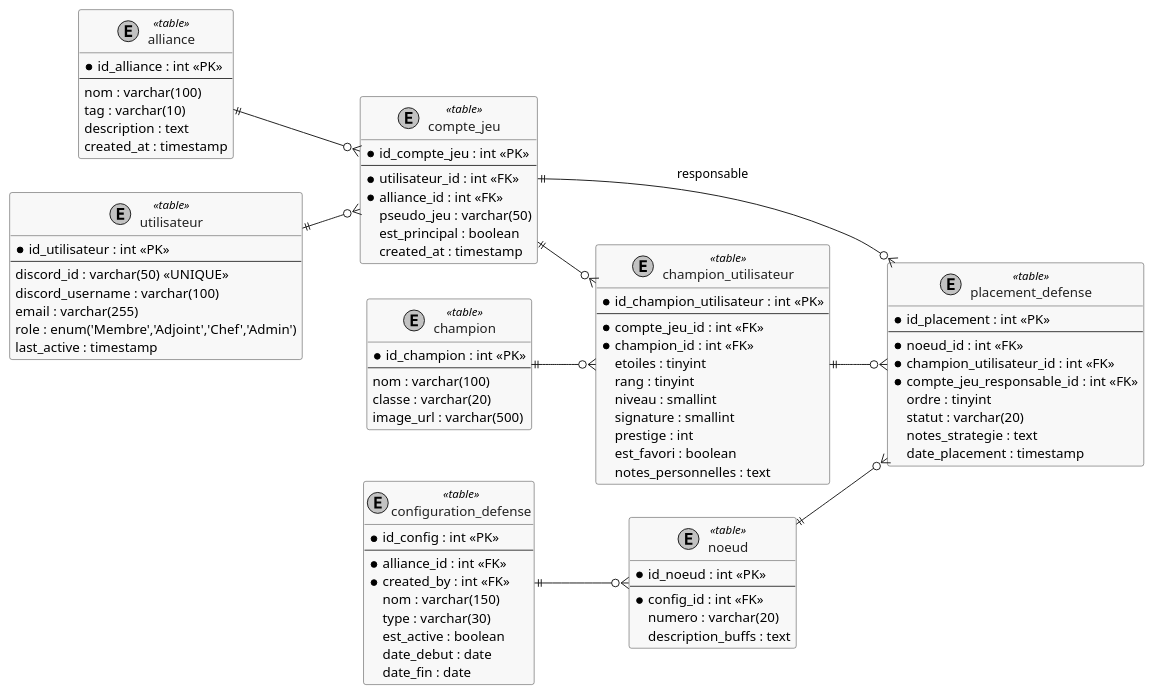
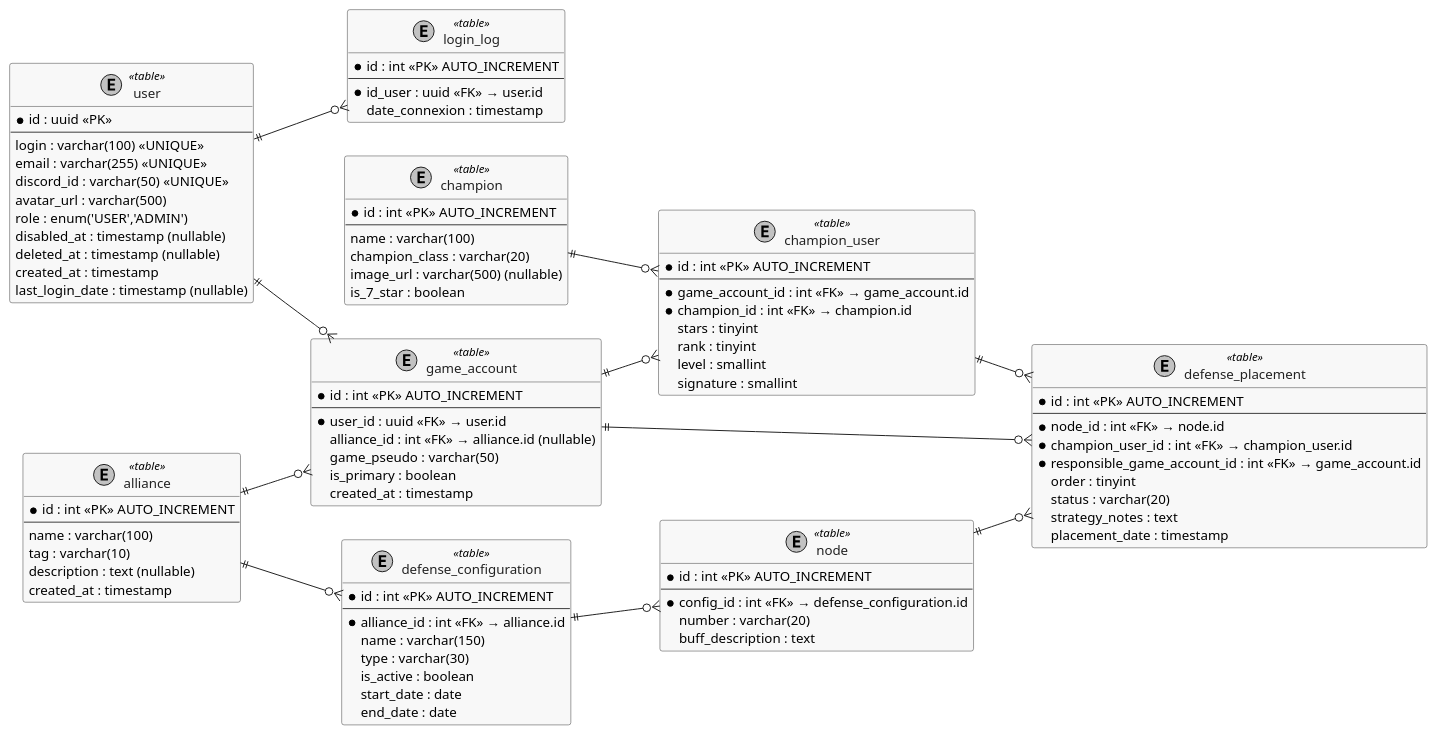
One commit to SNEAXIII/Mawster changed the diagram in api/docs/mld.puml. Above: the diagram before and after it, drawn with PlantUML. The commit also changed other lines of this file and 14 other files, not shown here.

Commit message:
Adds game account, alliance, champion, and champion user models with corresponding database migrations and DTOs

```diff
--- a/api/docs/mld.puml
+++ b/api/docs/mld.puml
@@ -1,104 +1,115 @@
 @startuml MLD_MCOC
 left to right direction
 skinparam shadowing false
 skinparam monochrome true
 skinparam class {
     BackgroundColor #F8F8F8
     BorderColor #333333
     FontColor #222222
 }
 
-entity "alliance" as alliance <<table>> {
-  * id_alliance : int <<PK>>
+entity "user" as user <<table>> {
+  * id : uuid <<PK>>
   --
-  nom : varchar(100)
-  tag : varchar(10)
-  description : text
+  login : varchar(100) <<UNIQUE>>
+  email : varchar(255) <<UNIQUE>>
+  discord_id : varchar(50) <<UNIQUE>>
+  avatar_url : varchar(500)
+  role : enum('USER','ADMIN')
+  disabled_at : timestamp (nullable)
+  deleted_at : timestamp (nullable)
   created_at : timestamp
+  last_login_date : timestamp (nullable)
 }
 
-entity "utilisateur" as utilisateur <<table>> {
-  * id_utilisateur : int <<PK>>
+entity "login_log" as login_log <<table>> {
+  * id : int <<PK>> AUTO_INCREMENT
   --
-  discord_id : varchar(50) <<UNIQUE>>
-  discord_username : varchar(100)
-  email : varchar(255)
-  role : enum('Membre','Adjoint','Chef','Admin')
-  last_active : timestamp
+  * id_user : uuid <<FK>> → user.id
+  date_connexion : timestamp
 }
 
-entity "compte_jeu" as compte_jeu <<table>> {
-  * id_compte_jeu : int <<PK>>
+entity "alliance" as alliance <<table>> {
+  * id : int <<PK>> AUTO_INCREMENT
   --
-  * utilisateur_id : int <<FK>>
-  * alliance_id : int <<FK>>
-  pseudo_jeu : varchar(50)
-  est_principal : boolean
+  name : varchar(100)
+  tag : varchar(10)
+  description : text (nullable)
+  created_at : timestamp
+  ' TODO: add url later
+}
+
+entity "game_account" as game_account <<table>> {
+  * id : int <<PK>> AUTO_INCREMENT
+  --
+  * user_id : uuid <<FK>> → user.id
+  alliance_id : int <<FK>> → alliance.id (nullable)
+  game_pseudo : varchar(50)
+  is_primary : boolean
   created_at : timestamp
 }
 
 entity "champion" as champion <<table>> {
-  * id_champion : int <<PK>>
+  * id : int <<PK>> AUTO_INCREMENT
   --
-  nom : varchar(100)
-  classe : varchar(20)
-  image_url : varchar(500)
+  name : varchar(100)
+  champion_class : varchar(20)
+  image_url : varchar(500) (nullable)
+  is_7_star : boolean
 }
 
-entity "champion_utilisateur" as roster <<table>> {
-  * id_champion_utilisateur : int <<PK>>
+entity "champion_user" as roster <<table>> {
+  * id : int <<PK>> AUTO_INCREMENT
   --
-  * compte_jeu_id : int <<FK>>
-  * champion_id : int <<FK>>
-  etoiles : tinyint
-  rang : tinyint
-  niveau : smallint
+  * game_account_id : int <<FK>> → game_account.id
+  * champion_id : int <<FK>> → champion.id
+  stars : tinyint
+  rank : tinyint
+  level : smallint
   signature : smallint
-  prestige : int
-  est_favori : boolean
-  notes_personnelles : text
 }
 
-entity "configuration_defense" as config <<table>> {
-  * id_config : int <<PK>>
+entity "defense_configuration" as config <<table>> {
+  * id : int <<PK>> AUTO_INCREMENT
   --
-  * alliance_id : int <<FK>>
-  * created_by : int <<FK>>
-  nom : varchar(150)
+  * alliance_id : int <<FK>> → alliance.id
+  name : varchar(150)
   type : varchar(30)
-  est_active : boolean
-  date_debut : date
-  date_fin : date
+  is_active : boolean
+  start_date : date
+  end_date : date
 }
 
-entity "noeud" as noeud <<table>> {
-  * id_noeud : int <<PK>>
+entity "node" as node <<table>> {
+  * id : int <<PK>> AUTO_INCREMENT
   --
-  * config_id : int <<FK>>
-  numero : varchar(20)
-  description_buffs : text
+  * config_id : int <<FK>> → defense_configuration.id
+  number : varchar(20)
+  buff_description : text
 }
 
-entity "placement_defense" as placement <<table>> {
-  * id_placement : int <<PK>>
+entity "defense_placement" as placement <<table>> {
+  * id : int <<PK>> AUTO_INCREMENT
   --
-  * noeud_id : int <<FK>>
-  * champion_utilisateur_id : int <<FK>>
-  * compte_jeu_responsable_id : int <<FK>>
-  ordre : tinyint
-  statut : varchar(20)
-  notes_strategie : text
-  date_placement : timestamp
+  * node_id : int <<FK>> → node.id
+  * champion_user_id : int <<FK>> → champion_user.id
+  * responsible_game_account_id : int <<FK>> → game_account.id
+  order : tinyint
+  status : varchar(20)
+  strategy_notes : text
+  placement_date : timestamp
 }
 
 ' ==================== RELATIONS ====================
-utilisateur ||--o{ compte_jeu
-alliance ||--o{ compte_jeu
-compte_jeu ||--o{ roster
+user ||--o{ login_log
+user ||--o{ game_account
+alliance ||--o{ game_account
+game_account ||--o{ roster
 champion ||--o{ roster
-config ||--o{ noeud
-noeud ||--o{ placement
+alliance ||--o{ config
+config ||--o{ node
+node ||--o{ placement
 roster ||--o{ placement
-compte_jeu ||--o{ placement : "responsable"
+game_account ||--o{ placement
 
 @enduml
```
